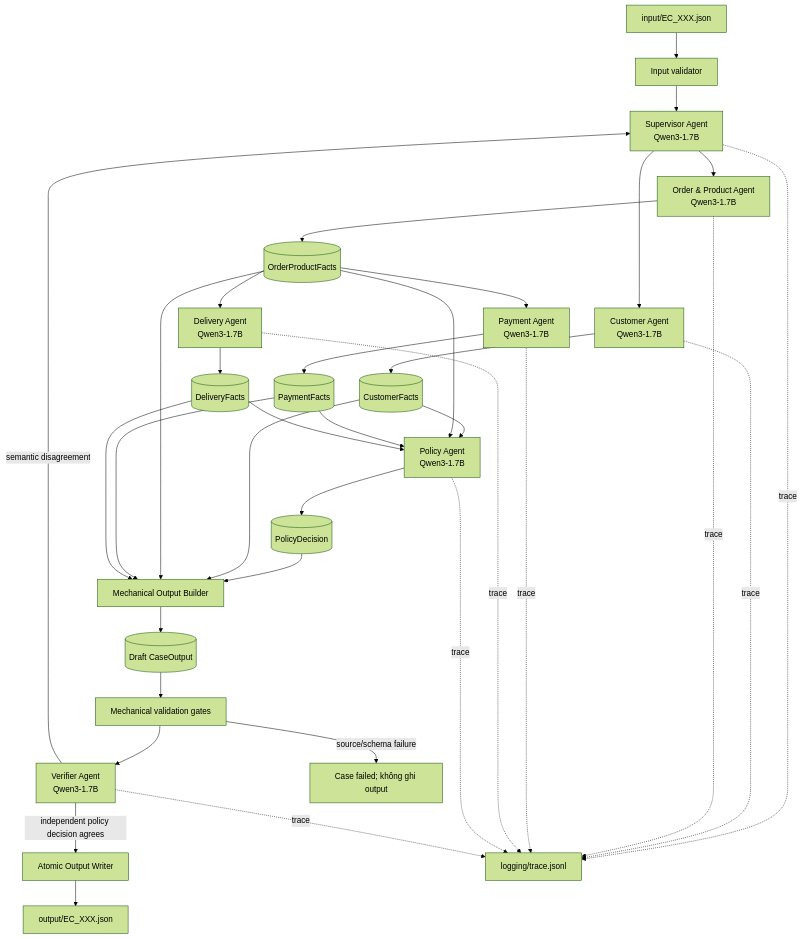
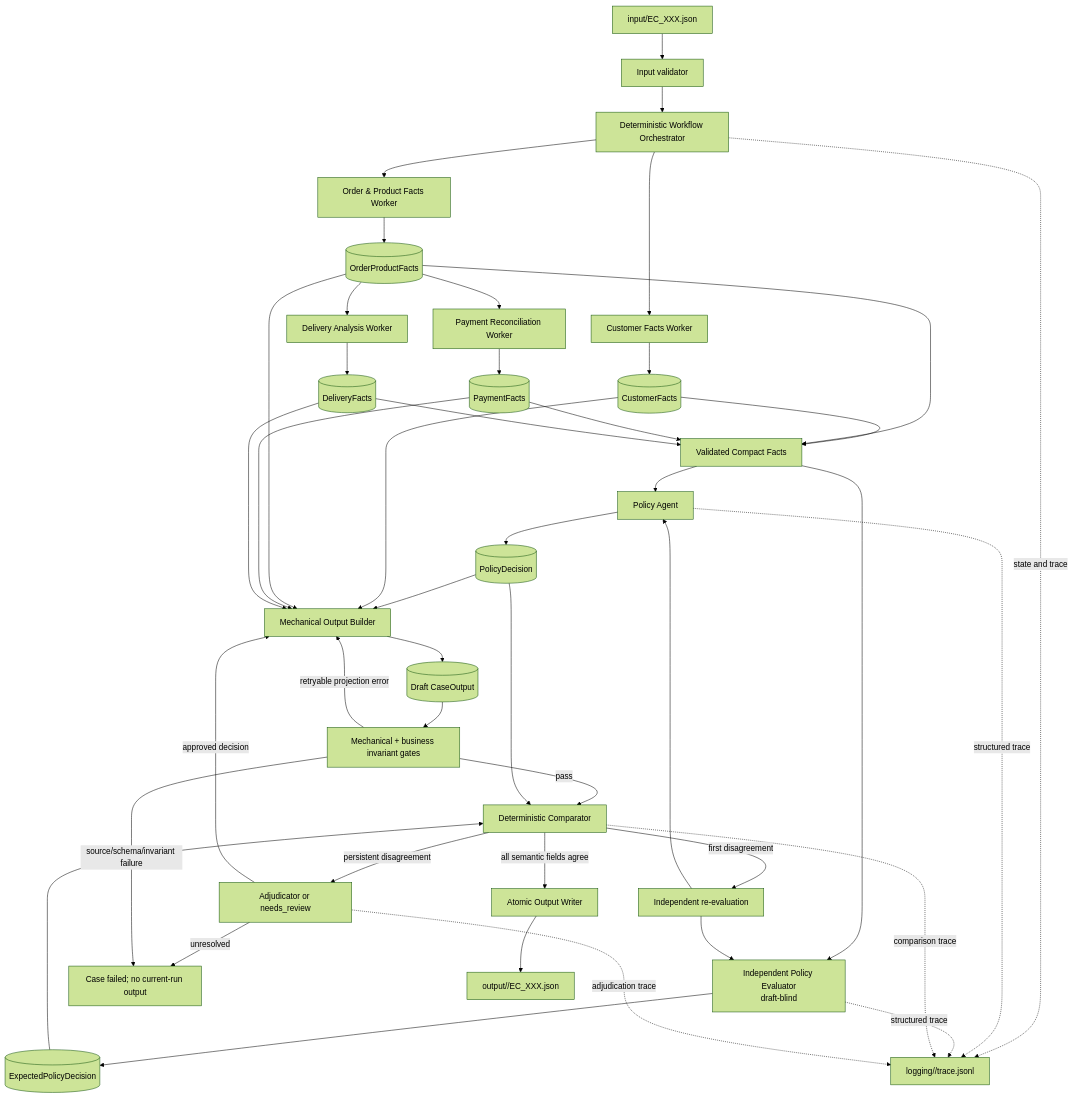
The diagram in architecture.md (HuyAA-DD/K4-Day9-Multi-Agent-A2A), drawn with Mermaid (forest theme) before and after one commit. The commit also changed other lines of this file and 98 other files, not shown here.

````diff
--- a/architecture.md
+++ b/architecture.md
@@ -22,43 +32,55 @@
 ```mermaid
 flowchart TD
     IN["input/EC_XXX.json"] --> IV["Input validator"]
-    IV --> SUP["Supervisor Agent<br/>Qwen3-1.7B"]
+    IV --> ORCH["Deterministic Workflow Orchestrator"]
 
-    SUP --> CA["Customer Agent<br/>Qwen3-1.7B"]
-    SUP --> OA["Order & Product Agent<br/>Qwen3-1.7B"]
-    CA --> CF[(CustomerFacts)]
-    OA --> OF[(OrderProductFacts)]
+    ORCH --> CW["Customer Facts Worker"]
+    ORCH --> OW["Order & Product Facts Worker"]
+    CW --> CF[(CustomerFacts)]
+    OW --> OF[(OrderProductFacts)]
 
-    OF --> PA["Payment Agent<br/>Qwen3-1.7B"]
-    OF --> DA["Delivery Agent<br/>Qwen3-1.7B"]
-    PA --> PF[(PaymentFacts)]
-    DA --> DF[(DeliveryFacts)]
+    OF --> PW["Payment Reconciliation Worker"]
+    OF --> DW["Delivery Analysis Worker"]
+    PW --> PF[(PaymentFacts)]
+    DW --> DF[(DeliveryFacts)]
 
-    CF --> PGA["Policy Agent<br/>Qwen3-1.7B"]
-    OF --> PGA
-    PF --> PGA
-    DF --> PGA
-    PGA --> PD[(PolicyDecision)]
+    CF --> VF["Validated Compact Facts"]
+    OF --> VF
+    PF --> VF
+    DF --> VF
+
+    VF --> PA["Policy Agent"]
+    VF --> IE["Independent Policy Evaluator<br/>draft-blind"]
+    PA --> PD[(PolicyDecision)]
+    IE --> ED[(ExpectedPolicyDecision)]
 
     PD --> OB["Mechanical Output Builder"]
     CF --> OB
     OF --> OB
     PF --> OB
     DF --> OB
     OB --> DRAFT[(Draft CaseOutput)]
 
-    DRAFT --> MV["Mechanical validation gates"]
-    MV --> VA["Verifier Agent<br/>Qwen3-1.7B"]
-    VA -->|independent policy decision agrees| WR["Atomic Output Writer"]
-    VA -->|semantic disagreement| SUP
-    MV -->|source/schema failure| ERR["Case failed; không ghi output"]
-    WR --> OUT["output/EC_XXX.json"]
+    DRAFT --> MV["Mechanical + business invariant gates"]
+    MV -->|pass| CMP["Deterministic Comparator"]
+    PD --> CMP
+    ED --> CMP
 
-    SUP -. trace .-> TR["logging/trace.jsonl"]
-    CA -. trace .-> TR
-    OA -. trace .-> TR
-    PA -. trace .-> TR
-    DA -. trace .-> TR
-    PGA -. trace .-> TR
-    VA -. trace .-> TR
+    CMP -->|all semantic fields agree| WR["Atomic Output Writer"]
+    CMP -->|first disagreement| RETRY["Independent re-evaluation"]
+    RETRY --> PA
+    RETRY --> IE
+    CMP -->|persistent disagreement| ADJ["Adjudicator or needs_review"]
+    ADJ -->|approved decision| OB
+    ADJ -->|unresolved| ERR["Case failed; no current-run output"]
+
+    MV -->|retryable projection error| OB
+    MV -->|source/schema/invariant failure| ERR
+    WR --> OUT["output/<run_id>/EC_XXX.json"]
+
+    ORCH -. state and trace .-> TR["logging/<run_id>/trace.jsonl"]
+    PA -. structured trace .-> TR
+    IE -. structured trace .-> TR
+    CMP -. comparison trace .-> TR
+    ADJ -. adjudication trace .-> TR
 ```
````
